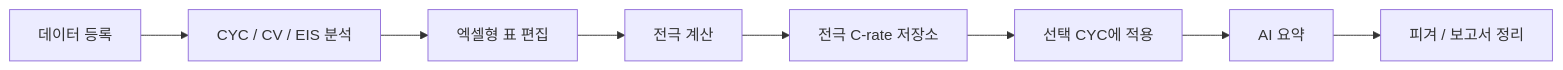
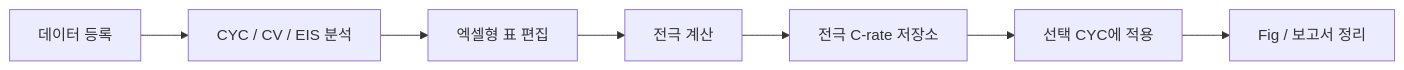
One commit to JONGHO01/battery-data-portal changed the diagram in README.md. Above: the diagram before and after it, drawn with Mermaid. The commit also changed other lines of this file and 30 other files, not shown here.

````diff
--- a/README.md
+++ b/README.md
@@ -69,10 +93,9 @@
 ```mermaid
 flowchart LR
     A["데이터 등록"] --> B["CYC / CV / EIS 분석"]
     B --> C["엑셀형 표 편집"]
     C --> D["전극 계산"]
     D --> E["전극 C-rate 저장소"]
     E --> F["선택 CYC에 적용"]
-    F --> G["AI 요약"]
-    G --> H["피겨 / 보고서 정리"]
+    F --> H["Fig / 보고서 정리"]
 ```
````
